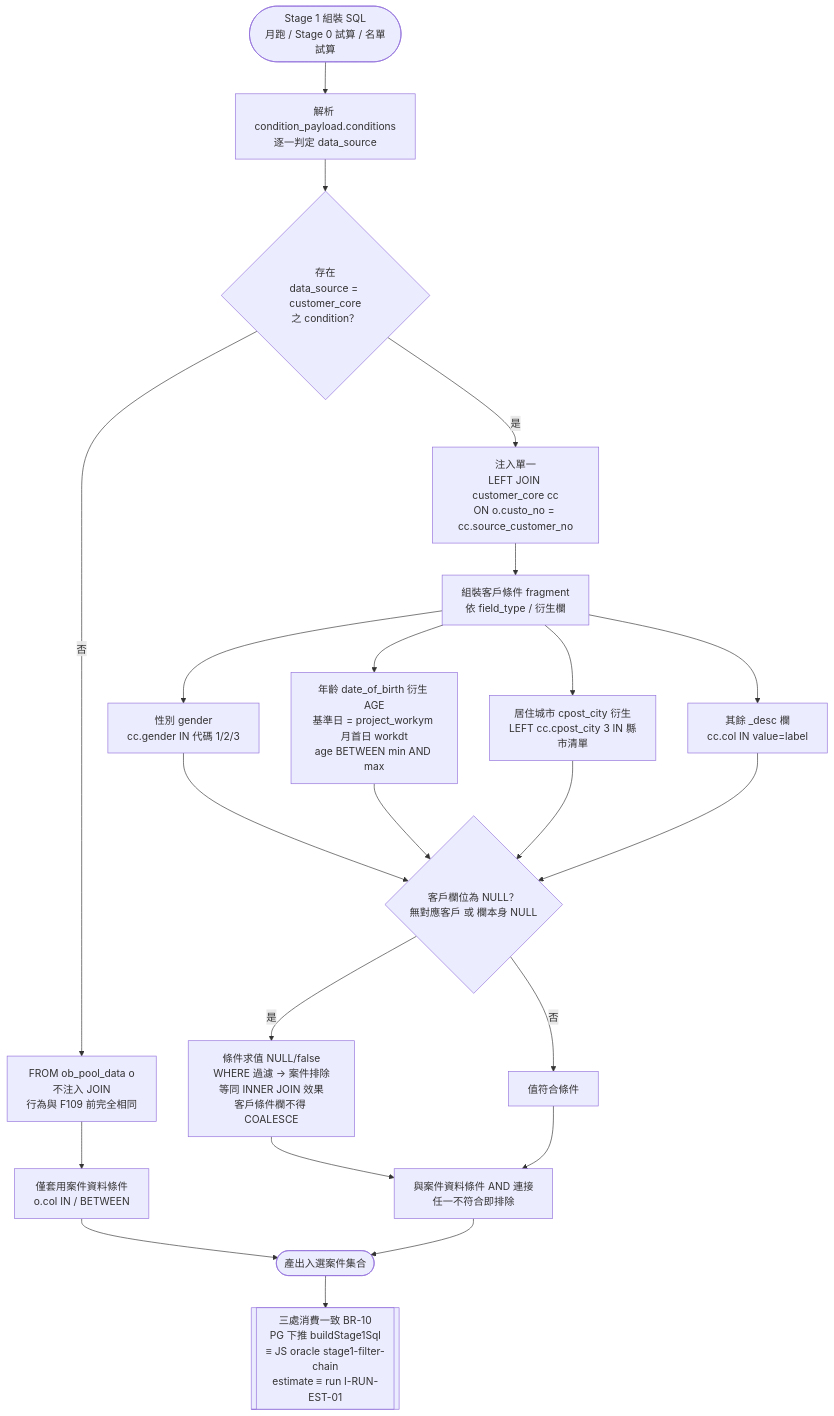
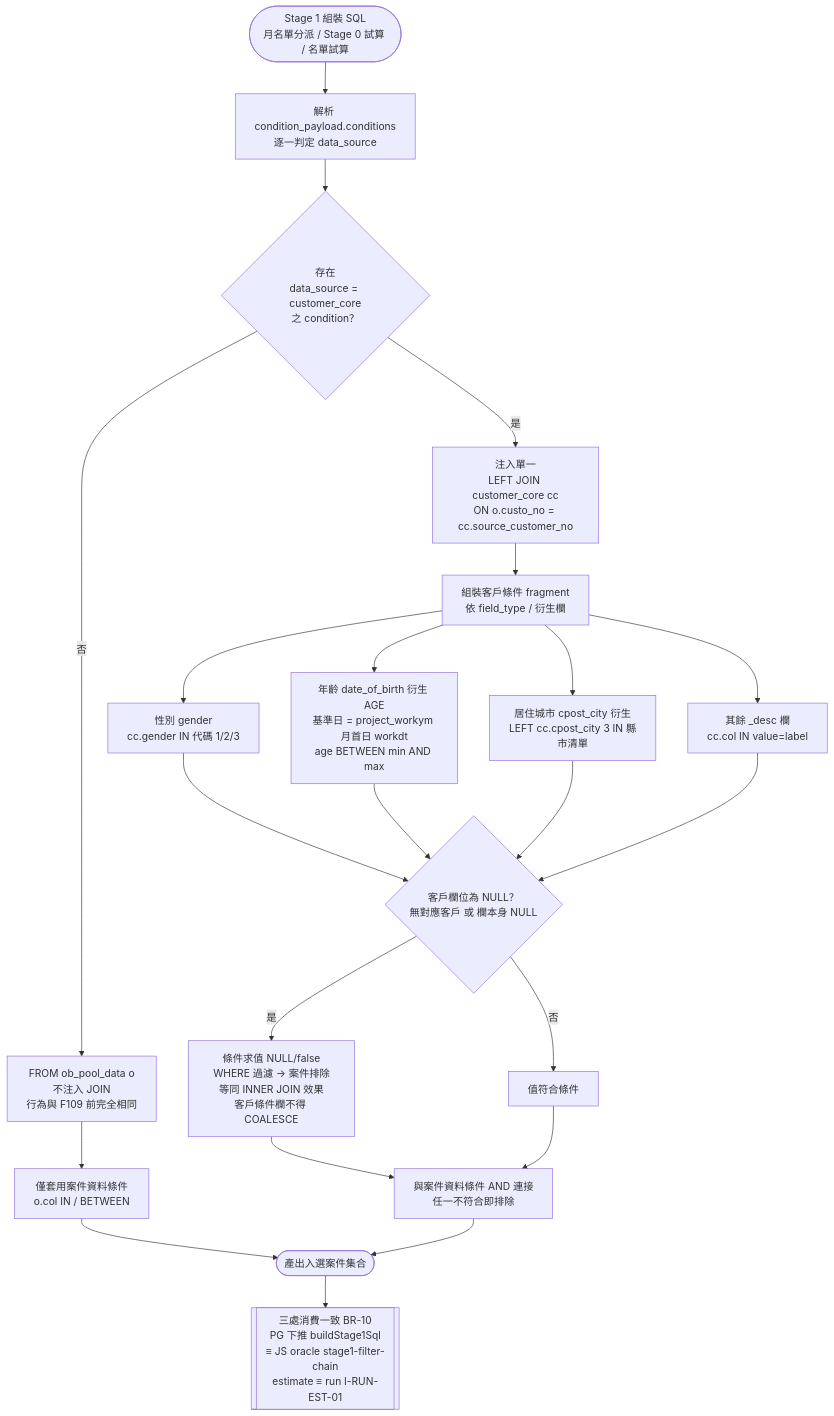
One commit to wisewhalesoft/cdmp-mvp changed the diagram in docs/specs/diagrams/F109-customer-source-filter-flow.mmd. Above: the diagram before and after it, drawn with Mermaid. The commit also changed 283 other files, not shown here.

```diff
--- a/docs/specs/diagrams/F109-customer-source-filter-flow.mmd
+++ b/docs/specs/diagrams/F109-customer-source-filter-flow.mmd
@@ -1,33 +1,33 @@
-%% F109：月跑 Stage 1 客戶資料（customer_core）條件式 LEFT JOIN 與 NULL 排除語意決策流程
+%% F109：月名單分派 Stage 1 客戶資料（customer_core）條件式 LEFT JOIN 與 NULL 排除語意決策流程
 %% 相關 spec：features/F109-customer-source-filter-fields.md §6（BR-2 條件式 JOIN / BR-3 NULL 排除 / BR-10 三處消費一致）
 flowchart TD
-    Start([Stage 1 組裝 SQL<br/>月跑 / Stage 0 試算 / 名單試算]) --> Parse[解析 condition_payload.conditions<br/>逐一判定 data_source]
+    Start([Stage 1 組裝 SQL<br/>月名單分派 / Stage 0 試算 / 名單試算]) --> Parse[解析 condition_payload.conditions<br/>逐一判定 data_source]
 
     Parse --> HasCust{存在<br/>data_source = customer_core<br/>之 condition？}
 
     HasCust -->|否| NoJoin[FROM ob_pool_data o<br/>不注入 JOIN<br/>行為與 F109 前完全相同]
     NoJoin --> CaseOnly[僅套用案件資料條件<br/>o.col IN / BETWEEN]
     CaseOnly --> Result([產出入選案件集合])
 
     HasCust -->|是| Join[注入單一<br/>LEFT JOIN customer_core cc<br/>ON o.custo_no = cc.source_customer_no]
 
     Join --> Derive[組裝客戶條件 fragment<br/>依 field_type / 衍生欄]
 
     Derive --> Gender[性別 gender<br/>cc.gender IN 代碼 1/2/3]
     Derive --> Age[年齡 date_of_birth 衍生 AGE<br/>基準日 = project_workym 月首日 workdt<br/>age BETWEEN min AND max]
     Derive --> City[居住城市 cpost_city 衍生<br/>LEFT cc.cpost_city 3 IN 縣市清單]
     Derive --> Desc[其餘 _desc 欄<br/>cc.col IN value=label]
 
     Gender --> Null{客戶欄位為 NULL？<br/>無對應客戶 或 欄本身 NULL}
     Age --> Null
     City --> Null
     Desc --> Null
 
     Null -->|是| Exclude[條件求值 NULL/false<br/>WHERE 過濾 → 案件排除<br/>等同 INNER JOIN 效果<br/>客戶條件欄不得 COALESCE]
     Null -->|否| Match[值符合條件]
 
     Exclude --> AndLogic
     Match --> AndLogic[與案件資料條件 AND 連接<br/>任一不符合即排除]
     AndLogic --> Result
 
     Result --> Consistency[[三處消費一致 BR-10<br/>PG 下推 buildStage1Sql<br/>≡ JS oracle stage1-filter-chain<br/>estimate ≡ run I-RUN-EST-01]]
```
